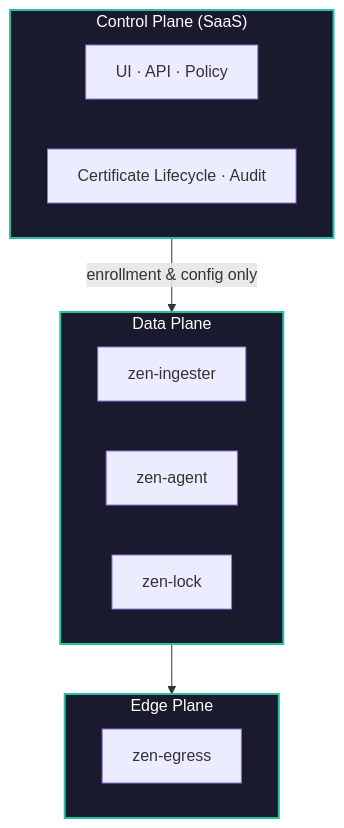
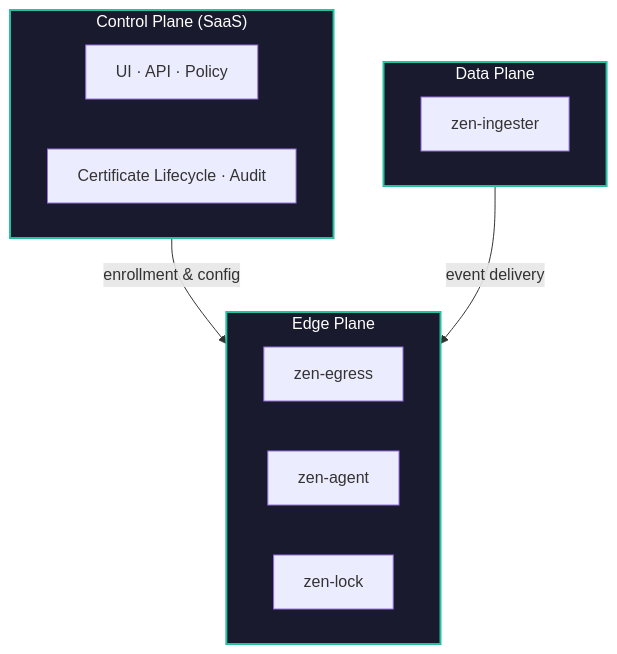
The diagram in docs/architecture/overview.md (zenmesh/docs), drawn with Mermaid before and after one commit. The commit also changed other lines of this file and 2 other files, not shown here.

Commit message:
reorganize diagram: control top -> data+edge bottom with event flow arrow; restore zen-agent/lock to edge plane

````diff
--- a/docs/architecture/overview.md
+++ b/docs/architecture/overview.md
@@ -11,27 +11,26 @@
 ```mermaid
 graph TD
     subgraph CP["Control Plane (SaaS)"]
         direction LR
         UI["UI · API · Policy"]
         CERT["Certificate Lifecycle · Audit"]
     end
 
     subgraph DP["Data Plane"]
-        direction LR
         ING["zen-ingester"]
-        AGT["zen-agent"]
-        LCK["zen-lock"]
     end
 
     subgraph EP["Edge Plane"]
         direction LR
         EGR["zen-egress"]
+        AGT["zen-agent"]
+        LCK["zen-lock"]
     end
 
-    CP -- "enrollment & config only" --> DP
-    DP --> EP
+    CP -- "enrollment & config" --> EP
+    DP -- "event delivery" --> EP
 
     style CP fill:#1a1a2e,stroke:#25c2a0,stroke-width:2px,color:#fff
     style DP fill:#1a1a2e,stroke:#25c2a0,stroke-width:2px,color:#fff
     style EP fill:#1a1a2e,stroke:#25c2a0,stroke-width:2px,color:#fff
 ```
````
